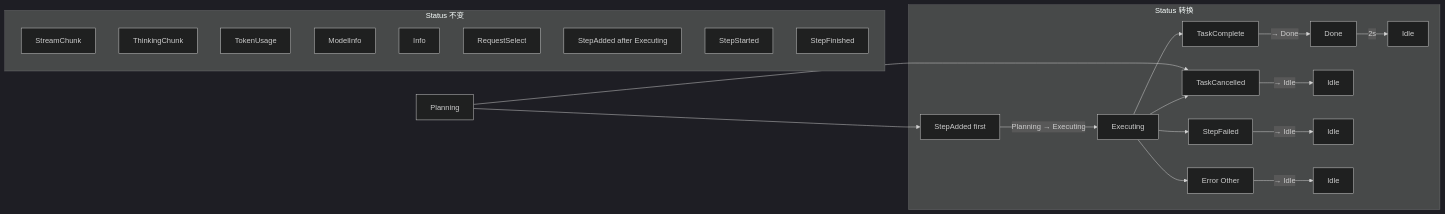
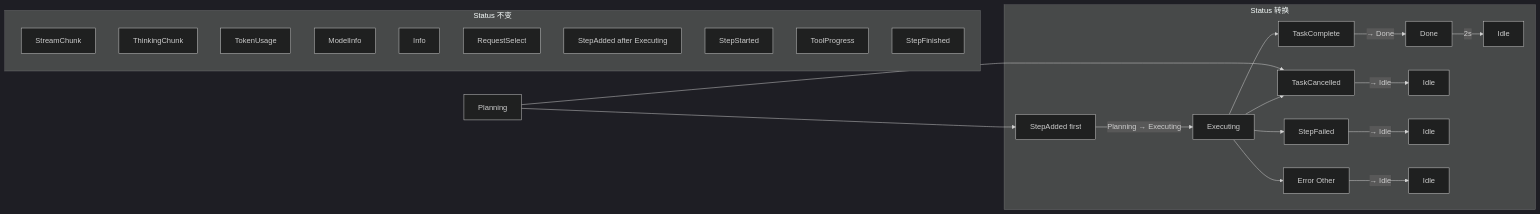
One commit to rust-infra/tact changed the fifth of 9 diagrams in book/25_chapter_protocol_zh.md. Above: the diagram before and after it, drawn with Mermaid (dark theme). The commit also changed other lines of this file and 41 other files, not shown here.

````diff
--- a/book/25_chapter_protocol_zh.md
+++ b/book/25_chapter_protocol_zh.md
@@ -214,30 +225,31 @@
 ```mermaid
 flowchart LR
     subgraph no_change["Status 不变"]
         SC[StreamChunk]
         TC[ThinkingChunk]
         TU[TokenUsage]
         MI[ModelInfo]
         IN[Info]
         RS[RequestSelect]
         SA2[StepAdded after Executing]
         SS[StepStarted]
+        TP[ToolProgress]
         SF[StepFinished]
     end
 
     subgraph transitions["Status 转换"]
         SA1[StepAdded first] -->|Planning → Executing| EX[Executing]
         TKC[TaskComplete] -->|→ Done| DN[Done]
         TKX[TaskCancelled] -->|→ Idle| ID0[Idle]
         SFL[StepFailed] -->|→ Idle| ID1[Idle]
         ER[Error Other] -->|→ Idle| ID2[Idle]
         DN -->|2s| ID3[Idle]
     end
 
     P[Planning] --> SA1
     EX --> TKC
     EX --> TKX
     P --> TKX
     EX --> SFL
     EX --> ER
 ```
````
